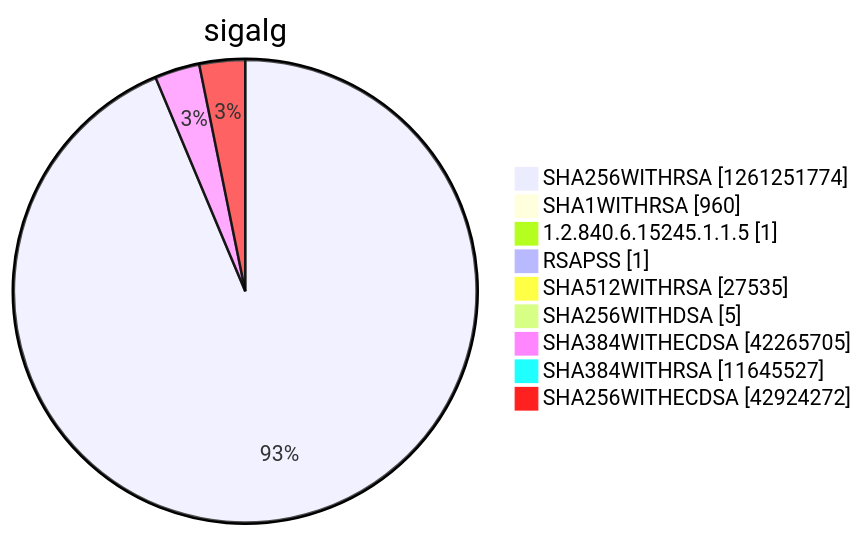
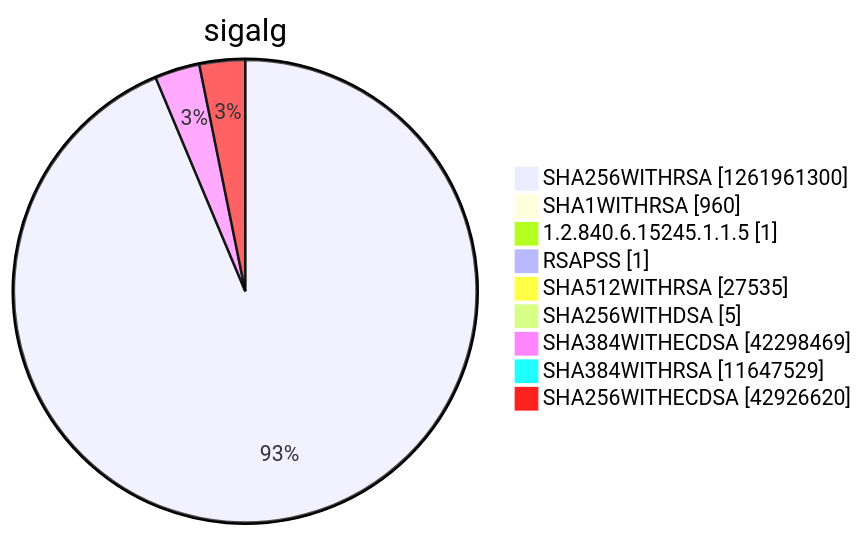
Diagram 15 of 15 in argon2022/README.md (christiankrug/ctmonitor_visualization), drawn with Mermaid before and after one commit. The commit also changed other lines of this file, not shown here.

````diff
--- a/argon2022/README.md
+++ b/argon2022/README.md
@@ -5522,13 +5522,13 @@
 ```mermaid
 pie showData
 title sigalg
-"SHA256WITHRSA" :1261251774
+"SHA256WITHRSA" :1261961300
 "SHA1WITHRSA" :960
 "1.2.840.6.15245.1.1.5" :1
 "RSAPSS" :1
 "SHA512WITHRSA" :27535
 "SHA256WITHDSA" :5
-"SHA384WITHECDSA" :42265705
-"SHA384WITHRSA" :11645527
-"SHA256WITHECDSA" :42924272
+"SHA384WITHECDSA" :42298469
+"SHA384WITHRSA" :11647529
+"SHA256WITHECDSA" :42926620
 ```
````
